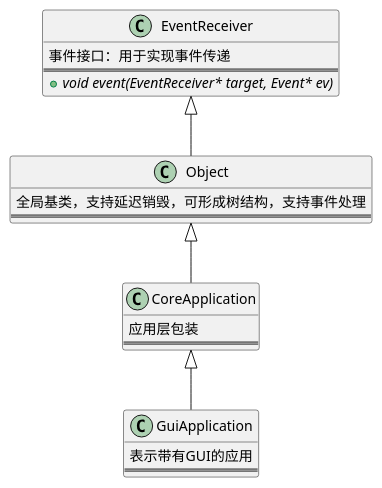
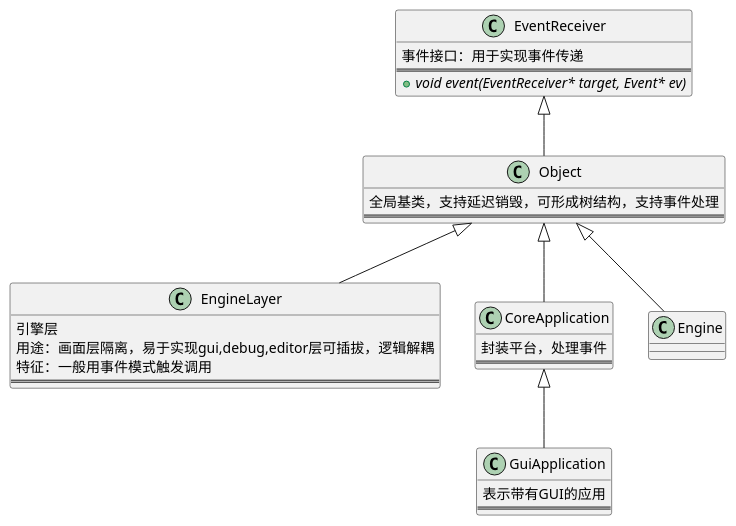
One commit to Ryu613/Pd2Engine changed the diagram in docs/refs/architecture/kdgpu.adoc. Above: the diagram before and after it, drawn with PlantUML. The commit also changed other lines of this file and 45 other files, not shown here.

```diff
--- a/docs/refs/architecture/kdgpu.adoc
+++ b/docs/refs/architecture/kdgpu.adoc
@@ -57,22 +59,29 @@
 [plantuml]
 ....
 class EventReceiver {
     事件接口：用于实现事件传递
     ==
     + {abstract} void event(EventReceiver* target, Event* ev)
 }
 
 class Object extends EventReceiver {
     全局基类，支持延迟销毁，可形成树结构，支持事件处理
     ==
 }
+class EngineLayer extends Object {
+    引擎层
+    用途：画面层隔离，易于实现gui,debug,editor层可插拔，逻辑解耦
+    特征：一般用事件模式触发调用
+    ==
+}
 
 class CoreApplication extends Object {
-    应用层包装
+    封装平台，处理事件
     ==
 }
 class GuiApplication extends CoreApplication {
     表示带有GUI的应用
     ==
 }
+class Engine extends Object {}
 ....
```
